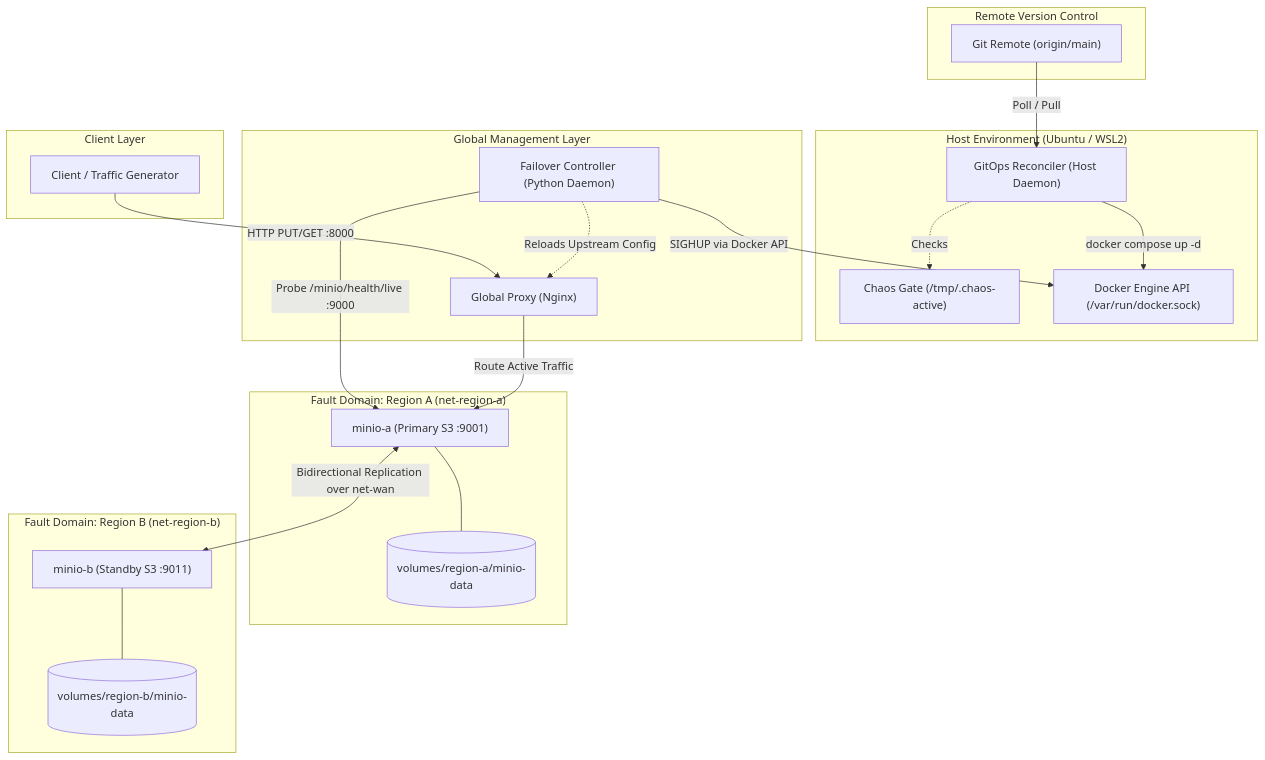
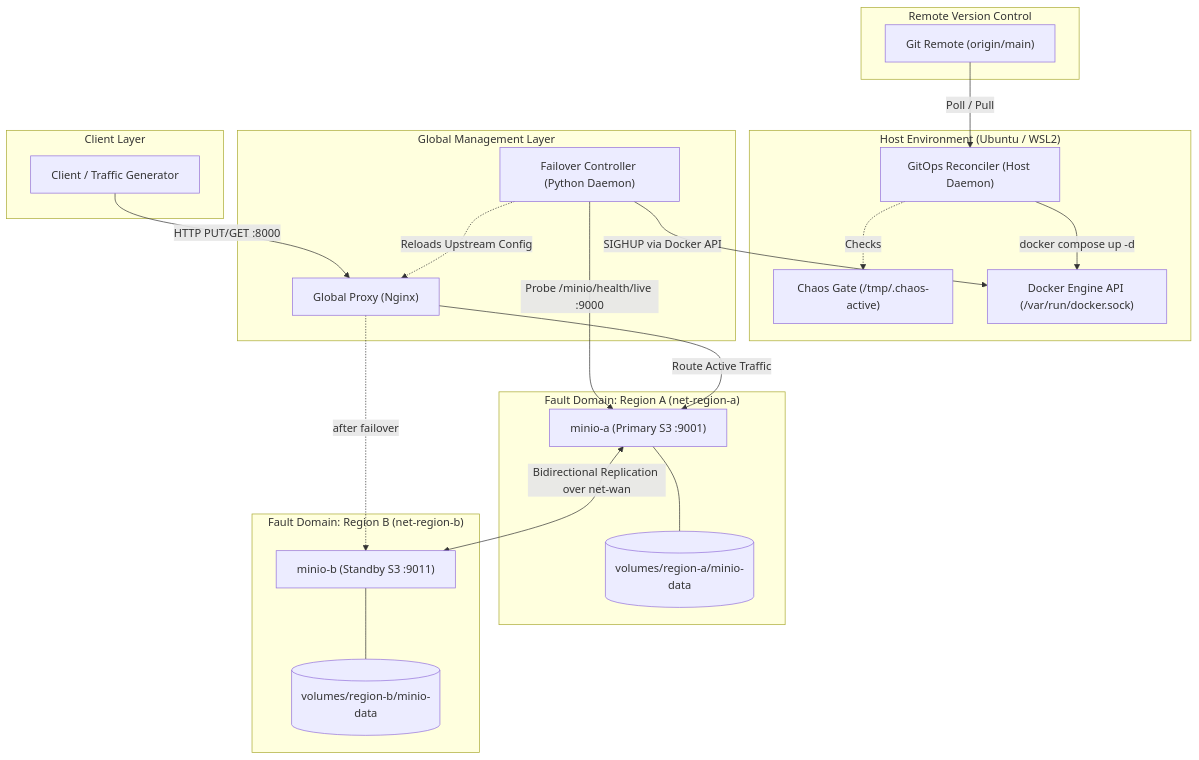
One commit to varad016/SWFW_5S_02 changed the diagram in README.md. Above: the diagram before and after it, drawn with Mermaid. The commit also changed other lines of this file and 2 other files, not shown here.

````diff
--- a/README.md
+++ b/README.md
@@ -22,43 +22,44 @@
 ```mermaid
 flowchart TD
     subgraph ClientLayer["Client Layer"]
         Client["Client / Traffic Generator"]
     end
 
     subgraph Host["Host Environment (Ubuntu / WSL2)"]
         Reconciler["GitOps Reconciler (Host Daemon)"]
         ChaosGate["Chaos Gate (/tmp/.chaos-active)"]
         DockerSock["Docker Engine API (/var/run/docker.sock)"]
     end
 
     subgraph Remote["Remote Version Control"]
         GitHub["Git Remote (origin/main)"]
     end
 
     subgraph GlobalLayer["Global Management Layer"]
         Proxy["Global Proxy (Nginx)"]
         Controller["Failover Controller (Python Daemon)"]
     end
 
     subgraph RegionA["Fault Domain: Region A (net-region-a)"]
         MinioA["minio-a (Primary S3 :9001)"]
         VolA[("volumes/region-a/minio-data")]
     end
 
     subgraph RegionB["Fault Domain: Region B (net-region-b)"]
         MinioB["minio-b (Standby S3 :9011)"]
         VolB[("volumes/region-b/minio-data")]
     end
 
     Client -->|HTTP PUT/GET :8000| Proxy
     GitHub -->|Poll / Pull| Reconciler
     Reconciler -.->|Checks| ChaosGate
     Reconciler -->|docker compose up -d| DockerSock
     Controller -->|Probe /minio/health/live :9000| MinioA
     Controller -->|SIGHUP via Docker API| DockerSock
     Controller -.->|Reloads Upstream Config| Proxy
     Proxy -->|Route Active Traffic| MinioA
+    Proxy -.->|after failover| MinioB
     MinioA <-->|Bidirectional Replication over net-wan| MinioB
     MinioA --- VolA
     MinioB --- VolB
 ```
````
